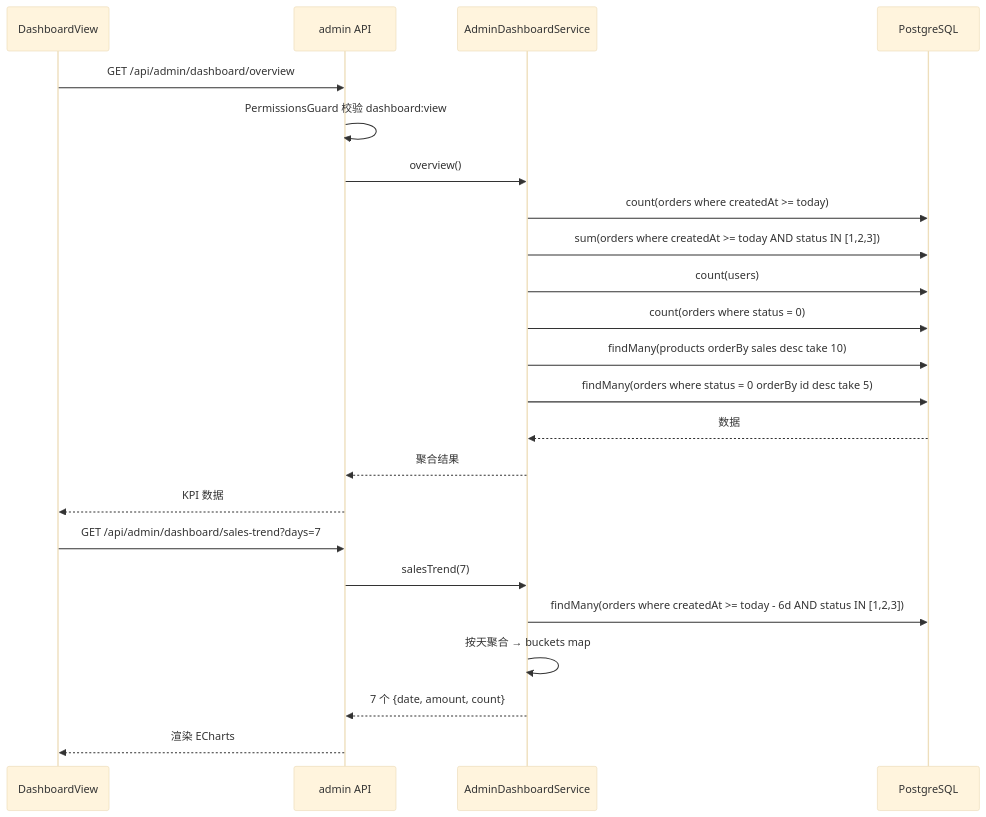
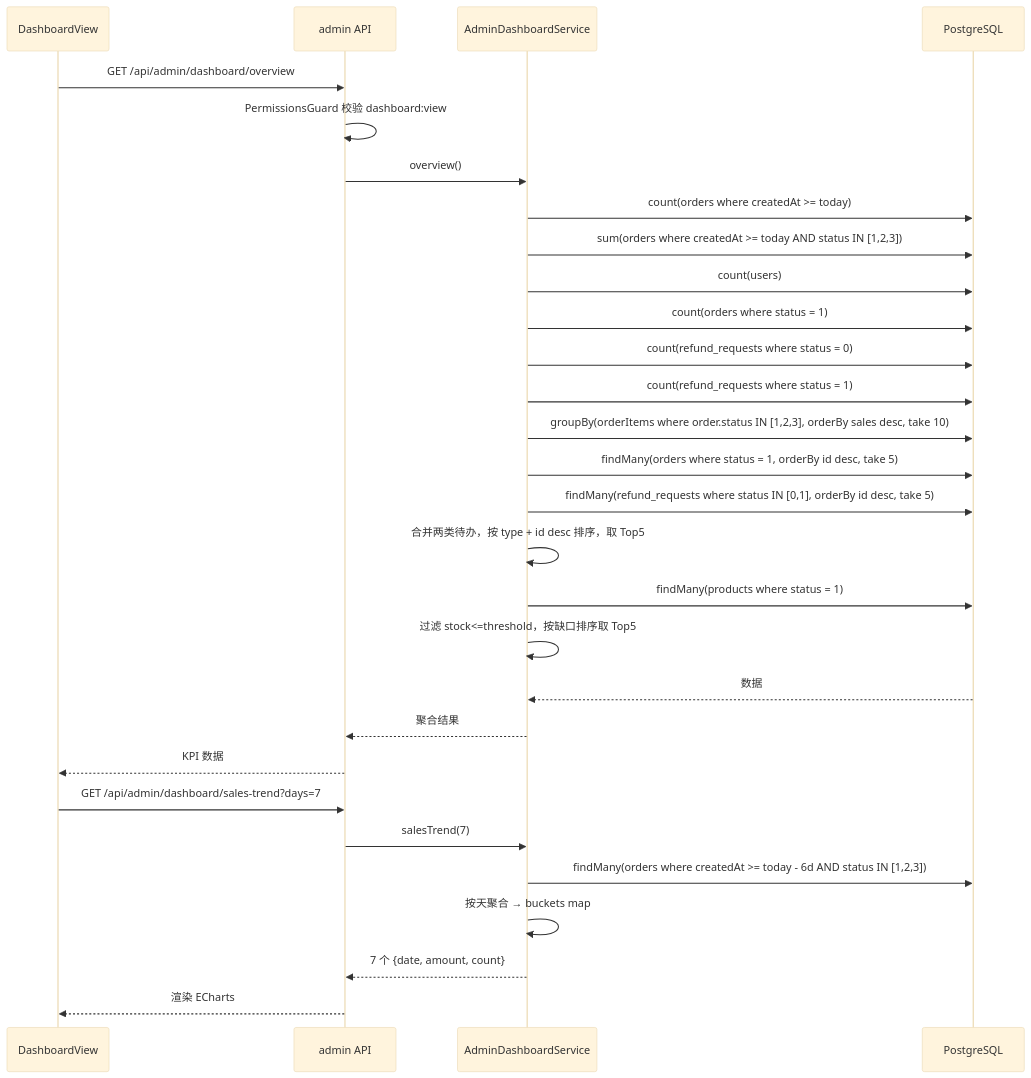
One commit to atan135/mymobilepage changed the diagram in docs/20-管理后台/03-仪表盘.md. Above: the diagram before and after it, drawn with Mermaid (base theme). The commit also changed other lines of this file, not shown here.

First line of the commit message:
docs(管理后台): 同步仪表盘待办为运营工单视图

````diff
--- a/docs/20-管理后台/03-仪表盘.md
+++ b/docs/20-管理后台/03-仪表盘.md
@@ -138,27 +183,33 @@
 ```mermaid
 sequenceDiagram
     participant V as DashboardView
     participant A as admin API
     participant D as AdminDashboardService
     participant DB as PostgreSQL
 
     V->>A: GET /api/admin/dashboard/overview
     A->>A: PermissionsGuard 校验 dashboard:view
     A->>D: overview()
     D->>DB: count(orders where createdAt >= today)
     D->>DB: sum(orders where createdAt >= today AND status IN [1,2,3])
     D->>DB: count(users)
-    D->>DB: count(orders where status = 0)
-    D->>DB: findMany(products orderBy sales desc take 10)
-    D->>DB: findMany(orders where status = 0 orderBy id desc take 5)
+    D->>DB: count(orders where status = 1)
+    D->>DB: count(refund_requests where status = 0)
+    D->>DB: count(refund_requests where status = 1)
+    D->>DB: groupBy(orderItems where order.status IN [1,2,3], orderBy sales desc, take 10)
+    D->>DB: findMany(orders where status = 1, orderBy id desc, take 5)
+    D->>DB: findMany(refund_requests where status IN [0,1], orderBy id desc, take 5)
+    D->>D: 合并两类待办，按 type + id desc 排序，取 Top5
+    D->>DB: findMany(products where status = 1)
+    D->>D: 过滤 stock<=threshold，按缺口排序取 Top5
     DB-->>D: 数据
     D-->>A: 聚合结果
     A-->>V: KPI 数据
 
     V->>A: GET /api/admin/dashboard/sales-trend?days=7
     A->>D: salesTrend(7)
     D->>DB: findMany(orders where createdAt >= today - 6d AND status IN [1,2,3])
     D->>D: 按天聚合 → buckets map
     D-->>A: 7 个 {date, amount, count}
     A-->>V: 渲染 ECharts
 ```
````
